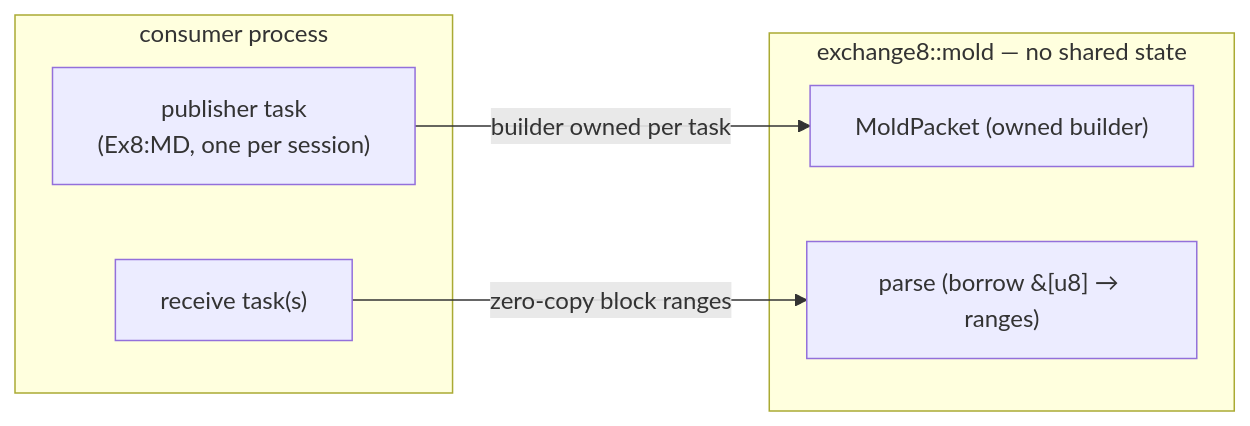
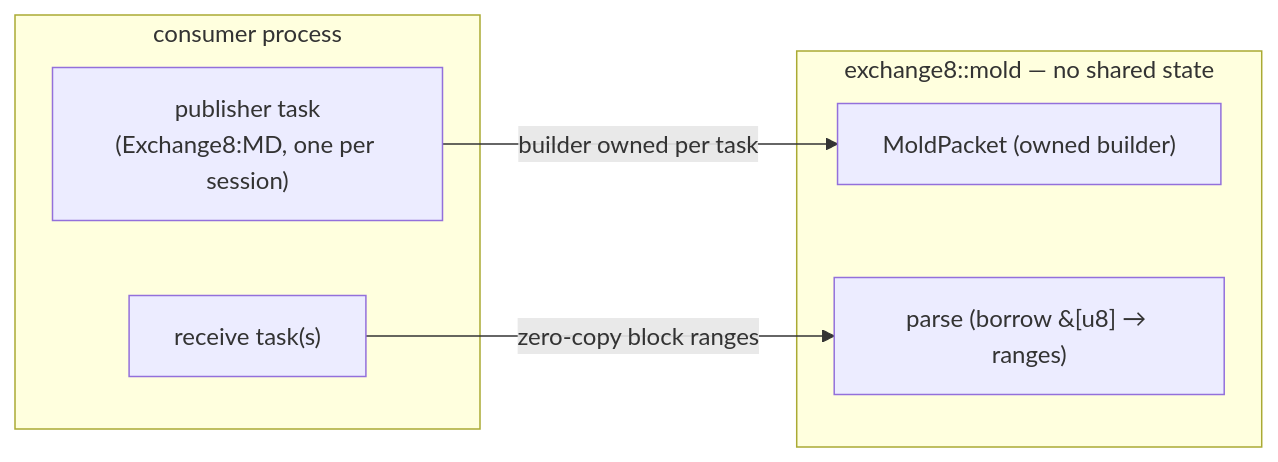
The seventh of 8 diagrams in crates/mold/DESIGN.md (Exchange8-dev/exchange8-sdk), drawn with Mermaid before and after one commit. The commit also changed other lines of this file and 29 other files, not shown here.

````diff
--- a/crates/mold/DESIGN.md
+++ b/crates/mold/DESIGN.md
@@ -285,13 +285,13 @@
 ```mermaid
 graph LR
     subgraph CONSUMER["consumer process"]
-        PT["publisher task<br/>(Ex8:MD, one per session)"]
+        PT["publisher task<br/>(Exchange8:MD, one per session)"]
         RT["receive task(s)"]
     end
     subgraph LIB["exchange8::mold — no shared state"]
         BLD["MoldPacket (owned builder)"]
         FNP["parse (borrow &[u8] → ranges)"]
     end
     PT -->|"builder owned per task"| BLD
     RT -->|"zero-copy block ranges"| FNP
 ```
````
